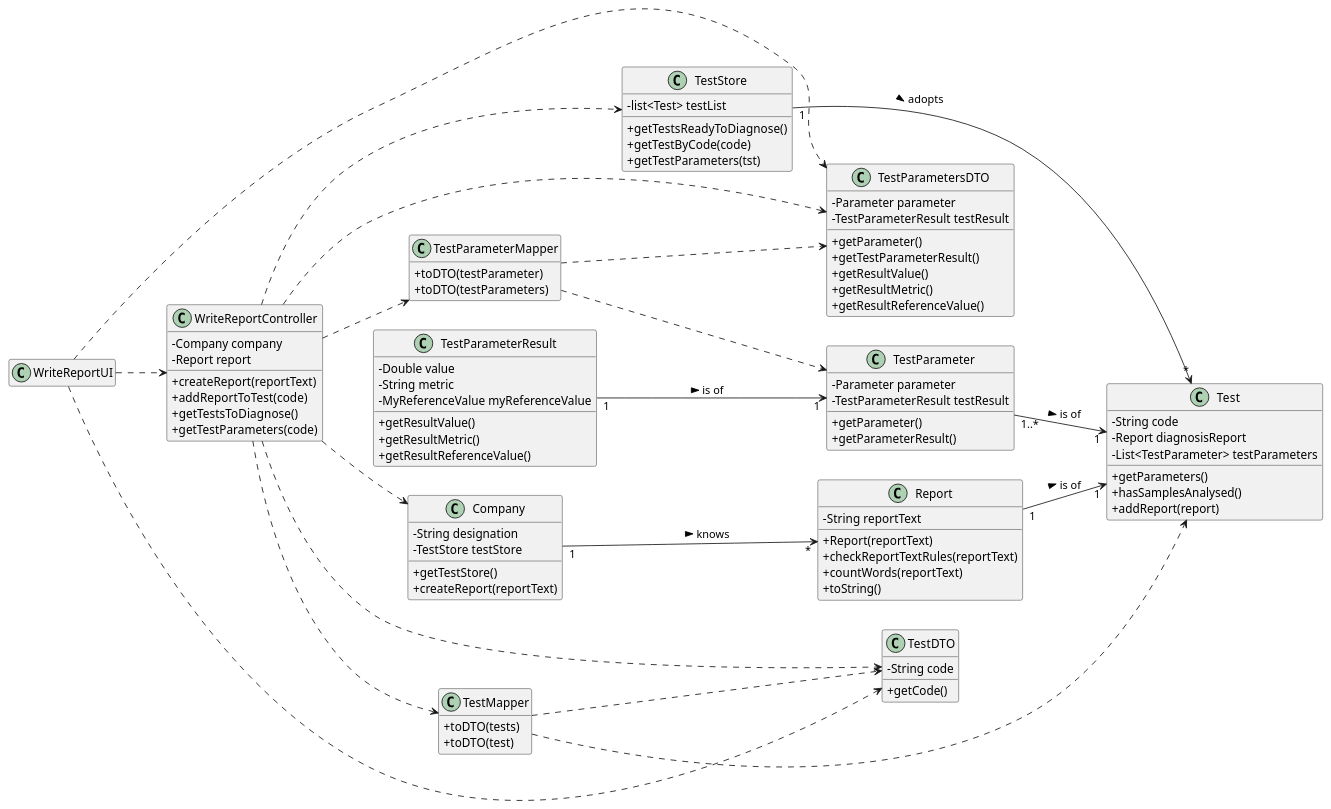
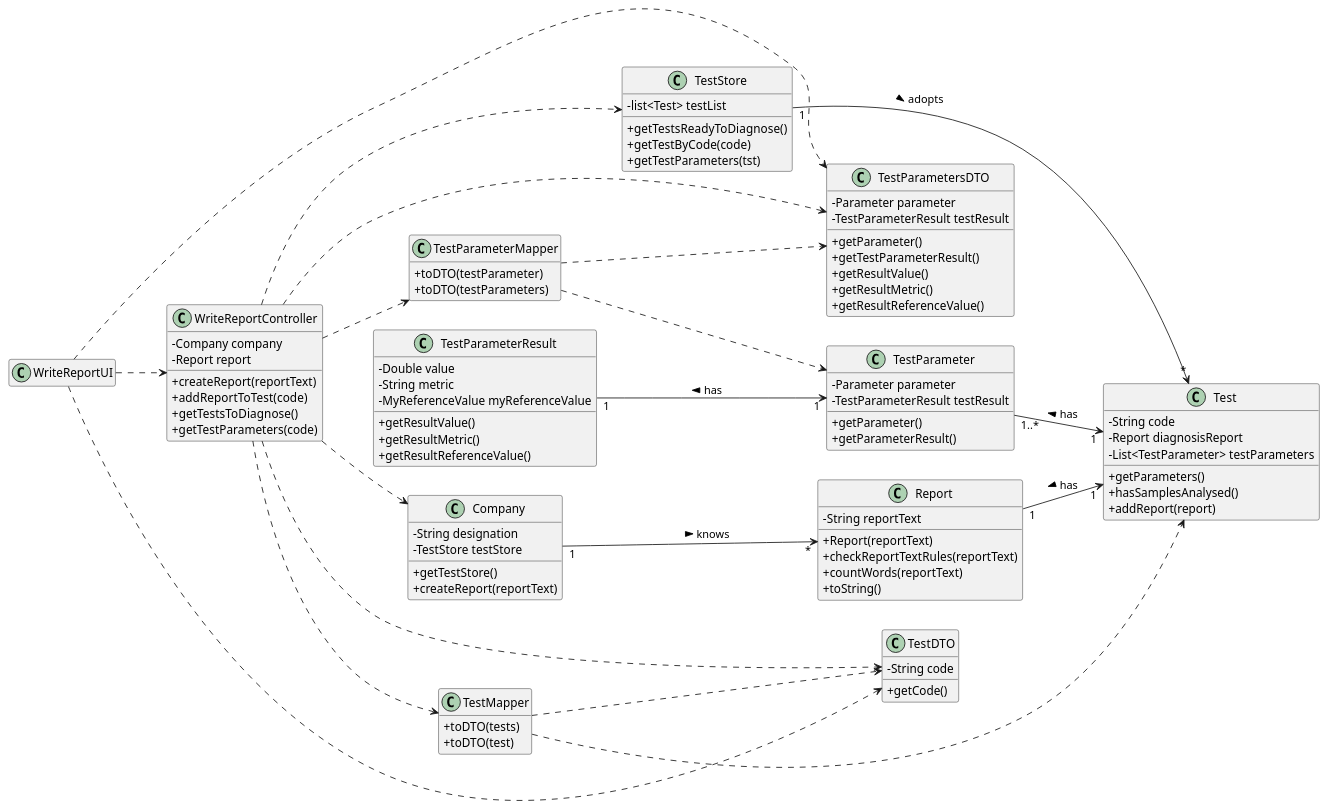
The diagram in docs/SprintD/US_14/US14_CD.puml (ana-albergaria/LAPR2-ISEP), drawn with PlantUML before and after one commit. The commit also changed 1 other file, not shown here.

```diff
--- a/docs/SprintD/US_14/US14_CD.puml
+++ b/docs/SprintD/US_14/US14_CD.puml
@@ -1,110 +1,110 @@
 @startuml
 hide empty methods
 hide empty attributes
 left to right direction
 skinparam classAttributeIconSize 0
 
 class Company {
     -String designation
     -TestStore testStore
     +getTestStore()
     +createReport(reportText)
 }
 
 class Report {
     - String reportText
     + Report(reportText)
     + checkReportTextRules(reportText)
     + countWords(reportText)
     + toString()
 }
 
 class Test {
     -String code
     -Report diagnosisReport
     -List<TestParameter> testParameters
     +getParameters()
     +hasSamplesAnalysed()
     +addReport(report)
 }
 
 class TestParameter {
     -Parameter parameter
     -TestParameterResult testResult
     +getParameter()
     +getParameterResult()
 }
 
 class TestParameterResult {
     -Double value
     -String metric
     -MyReferenceValue myReferenceValue
     +getResultValue()
     +getResultMetric()
     +getResultReferenceValue()
 }
 
 class TestStore {
     -list<Test> testList
     +getTestsReadyToDiagnose()
     +getTestByCode(code)
     +getTestParameters(tst)
 }
 
 class TestMapper {
     +toDTO(tests)
     +toDTO(test)
 }
 
 class TestParameterMapper {
     +toDTO(testParameter)
     +toDTO(testParameters)
 }
 
 class TestDTO {
     -String code
     +getCode()
 }
 
 class TestParametersDTO {
     -Parameter parameter
     -TestParameterResult testResult
     +getParameter()
     +getTestParameterResult()
     +getResultValue()
     +getResultMetric()
     +getResultReferenceValue()
 }
 
 class WriteReportController {
     -Company company
     -Report report
     +createReport(reportText)
     +addReportToTest(code)
     +getTestsToDiagnose()
     +getTestParameters(code)
 }
 
 class WriteReportUI {
 }
 
 WriteReportUI ..> WriteReportController
 WriteReportUI ..> TestDTO
 WriteReportUI ..> TestParametersDTO
 WriteReportController ..> TestMapper
 WriteReportController ..> TestParameterMapper
 WriteReportController ..> Company
 WriteReportController ..> TestStore
 WriteReportController ..> TestDTO
 WriteReportController ..> TestParametersDTO
 TestStore "1" -> "*" Test : adopts >
 Company "1" --> "*" Report : knows >
-Report "1" --> "1" Test : is of >
-TestParameter "1..*" --> "1" Test : is of >
-TestParameterResult "1" --> "1" TestParameter : is of >
+Report "1" --> "1" Test : has <
+TestParameter "1..*" --> "1" Test : has <
+TestParameterResult "1" --> "1" TestParameter : has <
 TestMapper ..> Test
 TestParameterMapper ..> TestParameter
 TestMapper ..> TestDTO
 TestParameterMapper ..> TestParametersDTO
 
 @enduml
```
